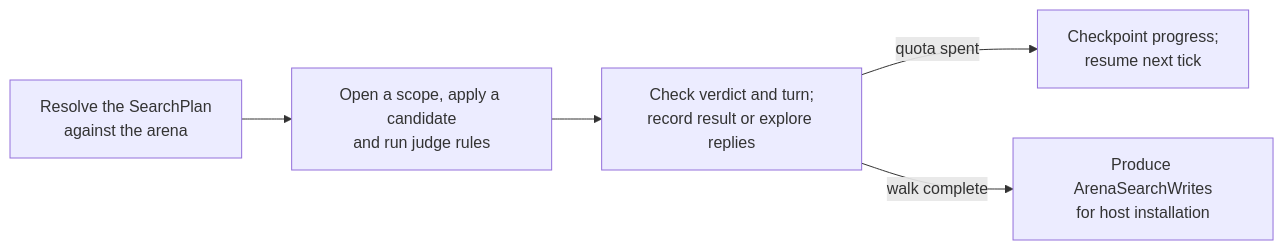
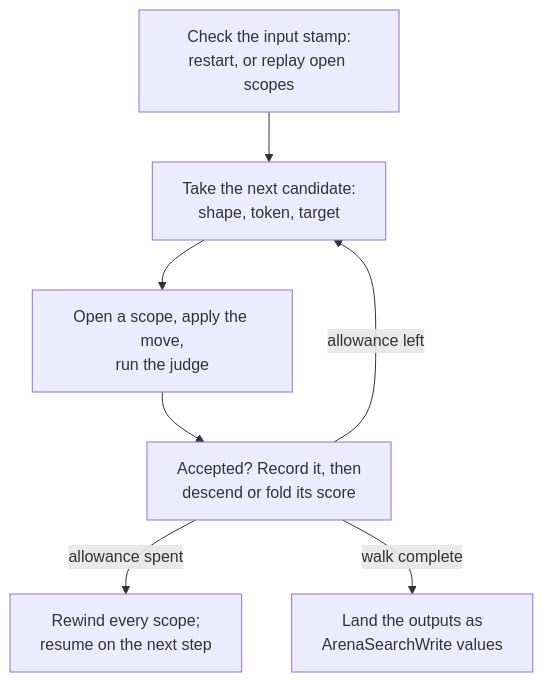
One commit to ByteTerrace/Puck changed the diagram in docs/reference/state/search.md. Above: the diagram before and after it, drawn with Mermaid. The commit also changed other lines of this file and 4567 other files, not shown here.

````diff
--- a/docs/reference/state/search.md
+++ b/docs/reference/state/search.md
@@ -10,7 +141,9 @@
 ```mermaid
-flowchart LR
-    Base["Resolve the SearchPlan<br/>against the arena"] --> Candidate["Open a scope, apply a candidate<br/>and run judge rules"]
-    Candidate --> Result["Check verdict and turn;<br/>record result or explore replies"]
-    Result -- "quota spent" --> Resume["Checkpoint progress;<br/>resume next tick"]
-    Result -- "walk complete" --> Writes["Produce ArenaSearchWrites<br/>for host installation"]
+flowchart TD
+    A["Check the input stamp:<br/>restart, or replay open scopes"] --> B["Take the next candidate:<br/>shape, token, target"]
+    B --> C["Open a scope, apply the move,<br/>run the judge"]
+    C --> D["Accepted? Record it, then<br/>descend or fold its score"]
+    D -- "allowance left" --> B
+    D -- "allowance spent" --> E["Rewind every scope;<br/>resume on the next step"]
+    D -- "walk complete" --> F["Land the outputs as<br/>ArenaSearchWrite values"]
 ```
````
